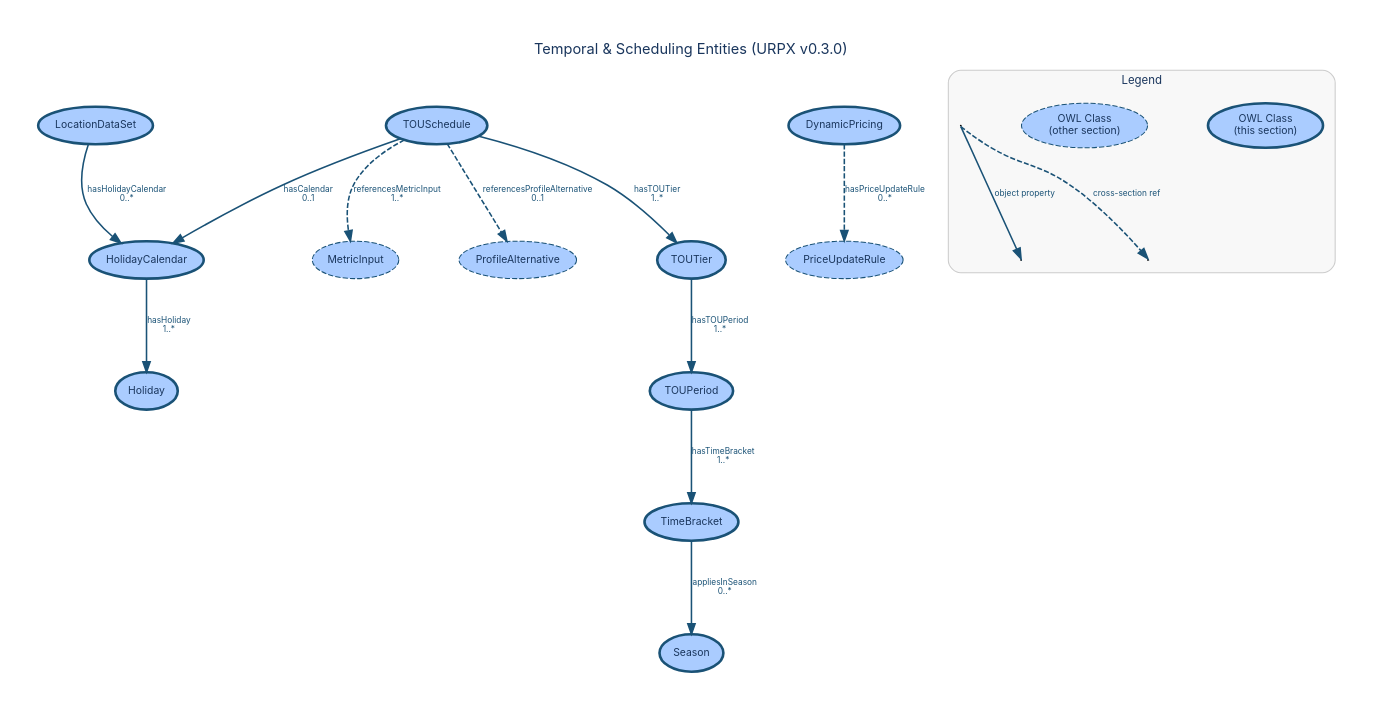
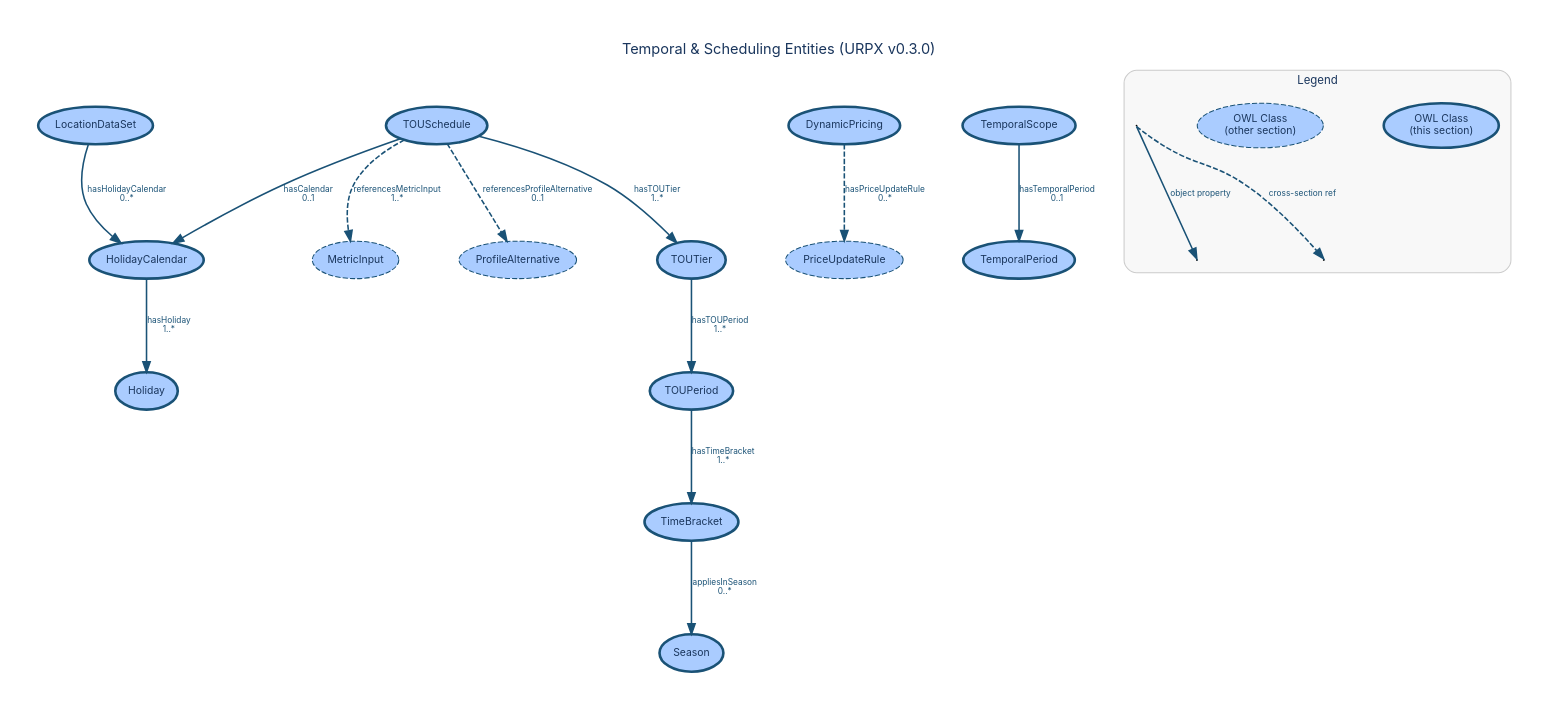
The diagram in documentation/diagrams/dictionary/temporal-scheduling-entities.dot (urpx-org/urpx), drawn with Graphviz before and after one commit. The commit also changed 18 other files, not shown here.

```diff
--- a/documentation/diagrams/dictionary/temporal-scheduling-entities.dot
+++ b/documentation/diagrams/dictionary/temporal-scheduling-entities.dot
@@ -1,118 +1,129 @@
 digraph "Temporal & Scheduling Entities" {
     rankdir=TB;
     bgcolor="white";
     pad=0.4;
     nodesep=0.8;
     ranksep=1.0;
     start=42;
     fontname="Inter, Helvetica, Arial, sans-serif";
     label="Temporal & Scheduling Entities (URPX v0.3.0)";
     labelloc="t";
     fontsize=14;
     fontcolor="#1a365d";
     node [fontname="Inter, Helvetica, Arial, sans-serif", fontsize=10, style=filled, fontcolor="#1a365d"];
     edge [fontname="Inter, Helvetica, Arial, sans-serif", fontsize=8, fontcolor="#1a365d"];
 
     // Section classes
     Season [
         label="Season"
         shape=ellipse, fillcolor="#aaccff", color="#1a5276", penwidth=2.5
     ];
     TOUSchedule [
         label="TOUSchedule"
         shape=ellipse, fillcolor="#aaccff", color="#1a5276", penwidth=2.5
     ];
     TOUTier [
         label="TOUTier"
         shape=ellipse, fillcolor="#aaccff", color="#1a5276", penwidth=2.5
     ];
     TOUPeriod [
         label="TOUPeriod"
         shape=ellipse, fillcolor="#aaccff", color="#1a5276", penwidth=2.5
     ];
     TimeBracket [
         label="TimeBracket"
         shape=ellipse, fillcolor="#aaccff", color="#1a5276", penwidth=2.5
     ];
     HolidayCalendar [
         label="HolidayCalendar"
         shape=ellipse, fillcolor="#aaccff", color="#1a5276", penwidth=2.5
     ];
     Holiday [
         label="Holiday"
         shape=ellipse, fillcolor="#aaccff", color="#1a5276", penwidth=2.5
     ];
     LocationDataSet [
         label="LocationDataSet"
         shape=ellipse, fillcolor="#aaccff", color="#1a5276", penwidth=2.5
     ];
     DynamicPricing [
         label="DynamicPricing"
         shape=ellipse, fillcolor="#aaccff", color="#1a5276", penwidth=2.5
     ];
+    TemporalScope [
+        label="TemporalScope"
+        shape=ellipse, fillcolor="#aaccff", color="#1a5276", penwidth=2.5
+    ];
+    TemporalPeriod [
+        label="TemporalPeriod"
+        shape=ellipse, fillcolor="#aaccff", color="#1a5276", penwidth=2.5
+    ];
 
     // Cross-section references
     MetricInput [
         label="MetricInput"
         shape=ellipse, fillcolor="#aaccff", color="#1a5276", penwidth=1, style="filled,dashed"
     ];
     PriceUpdateRule [
         label="PriceUpdateRule"
         shape=ellipse, fillcolor="#aaccff", color="#1a5276", penwidth=1, style="filled,dashed"
     ];
     ProfileAlternative [
         label="ProfileAlternative"
         shape=ellipse, fillcolor="#aaccff", color="#1a5276", penwidth=1, style="filled,dashed"
     ];
 
     // Object property edges
     TOUSchedule -> HolidayCalendar [
         label="hasCalendar\n0..1", color="#1a5276", fontcolor="#1a5276", penwidth=1.5
     ];
     TOUSchedule -> TOUTier [
         label="hasTOUTier\n1..*", color="#1a5276", fontcolor="#1a5276", penwidth=1.5
     ];
     TOUSchedule -> MetricInput [
         label="referencesMetricInput\n1..*", style=dashed, color="#1a5276", fontcolor="#1a5276", penwidth=1.5
     ];
     TOUSchedule -> ProfileAlternative [
         label="referencesProfileAlternative\n0..1", style=dashed, color="#1a5276", fontcolor="#1a5276", penwidth=1.5
     ];
     TOUTier -> TOUPeriod [
         label="hasTOUPeriod\n1..*", color="#1a5276", fontcolor="#1a5276", penwidth=1.5
     ];
     TOUPeriod -> TimeBracket [
         label="hasTimeBracket\n1..*", color="#1a5276", fontcolor="#1a5276", penwidth=1.5
     ];
     TimeBracket -> Season [
         label="appliesInSeason\n0..*", color="#1a5276", fontcolor="#1a5276", penwidth=1.5
     ];
     HolidayCalendar -> Holiday [
         label="hasHoliday\n1..*", color="#1a5276", fontcolor="#1a5276", penwidth=1.5
     ];
     LocationDataSet -> HolidayCalendar [
         label="hasHolidayCalendar\n0..*", color="#1a5276", fontcolor="#1a5276", penwidth=1.5
     ];
     DynamicPricing -> PriceUpdateRule [
         label="hasPriceUpdateRule\n0..*", style=dashed, color="#1a5276", fontcolor="#1a5276", penwidth=1.5
     ];
+    TemporalScope -> TemporalPeriod [
+        label="hasTemporalPeriod\n0..1", color="#1a5276", fontcolor="#1a5276", penwidth=1.5
+    ];
 
     subgraph cluster_legend {
         label="Legend";
         fontname="Inter, Helvetica, Arial, sans-serif";
         fontsize=11;
         fontcolor="#1a365d";
         style=rounded;
         color="#cccccc";
         bgcolor="#f8f8f8";
         margin=12;
 
         leg_class [label="OWL Class\n(this section)", shape=ellipse, fillcolor="#aaccff", color="#1a5276", penwidth=2.5];
         leg_xref [label="OWL Class\n(other section)", shape=ellipse, fillcolor="#aaccff", color="#1a5276", penwidth=1, style="filled,dashed"];
         leg_src [label=" ", shape=point, width=0.01];
         leg_tgt1 [label=" ", shape=point, width=0.01];
         leg_src -> leg_tgt1 [label="object property", color="#1a5276", fontcolor="#1a5276", penwidth=1.5];
         leg_tgt2 [label=" ", shape=point, width=0.01];
         leg_src -> leg_tgt2 [label="cross-section ref", style=dashed, color="#1a5276", fontcolor="#1a5276", penwidth=1.5];
     }
 }
```
